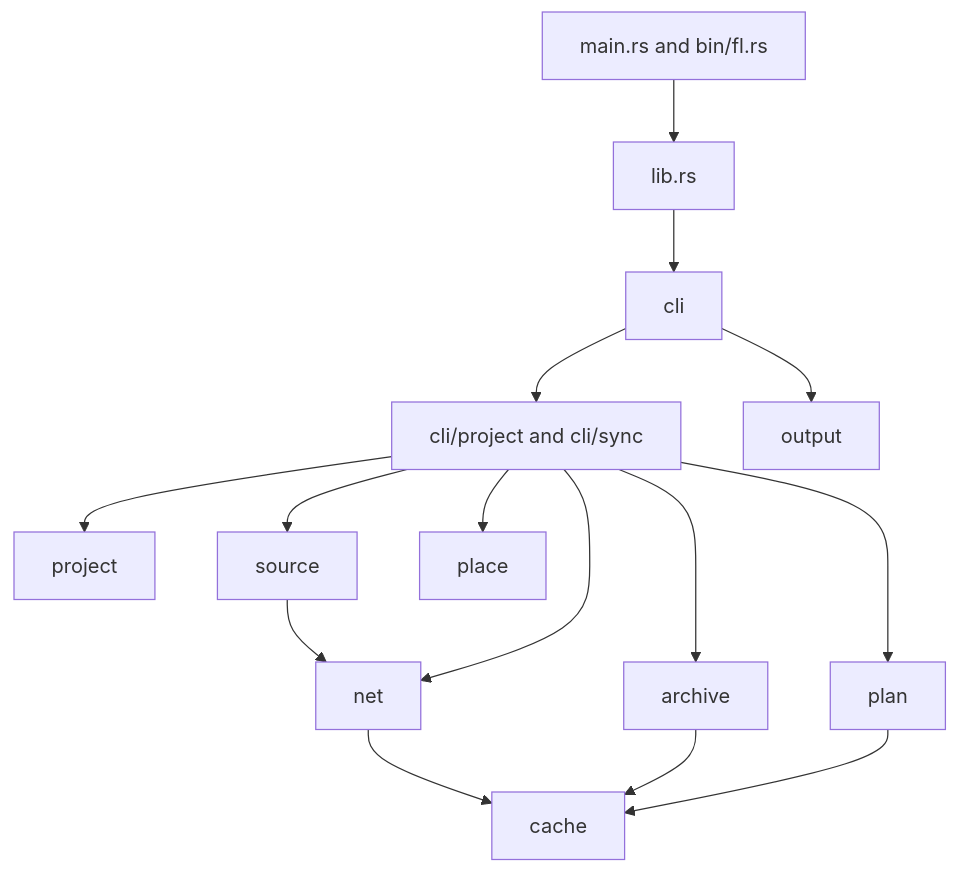
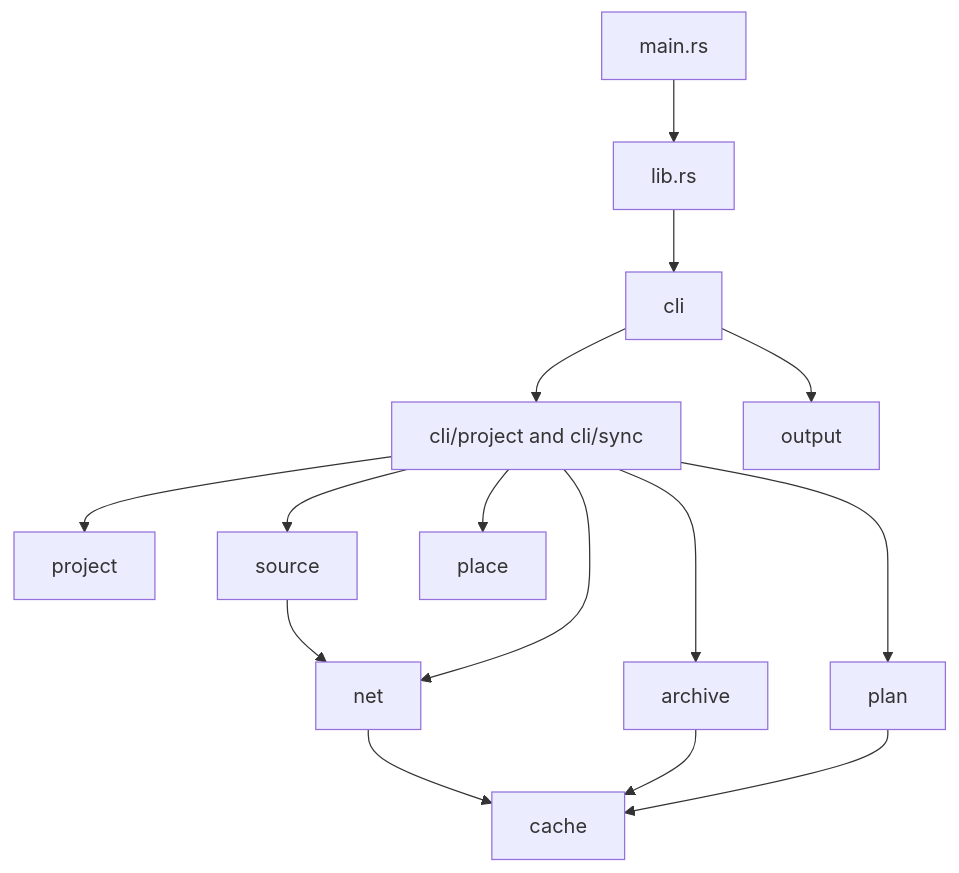
One commit to nikhil-yn-aix/fetchloom changed the first of 4 diagrams in docs/dev/architecture.md. Above: the diagram before and after it, drawn with Mermaid. The commit also changed other lines of this file and 8 other files, not shown here.

````diff
--- a/docs/dev/architecture.md
+++ b/docs/dev/architecture.md
@@ -7,17 +7,17 @@
 ```mermaid
 flowchart TD
-    entry["main.rs and bin/fl.rs"] --> lib["lib.rs"]
+    entry["main.rs"] --> lib["lib.rs"]
     lib --> cli["cli"]
     cli --> sync["cli/project and cli/sync"]
     cli --> output["output"]
     sync --> project["project"]
     sync --> source["source"]
     source --> net["net"]
     sync --> net
     sync --> archive["archive"]
     sync --> plan["plan"]
     sync --> place["place"]
     net --> cache["cache"]
     archive --> cache
     plan --> cache
 ```
````
